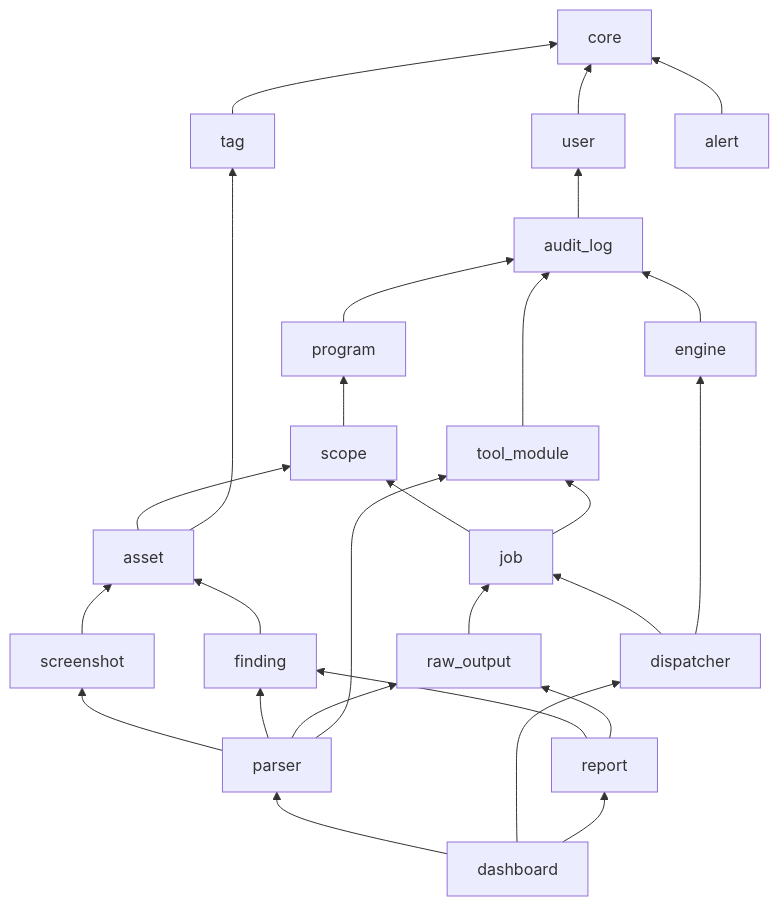
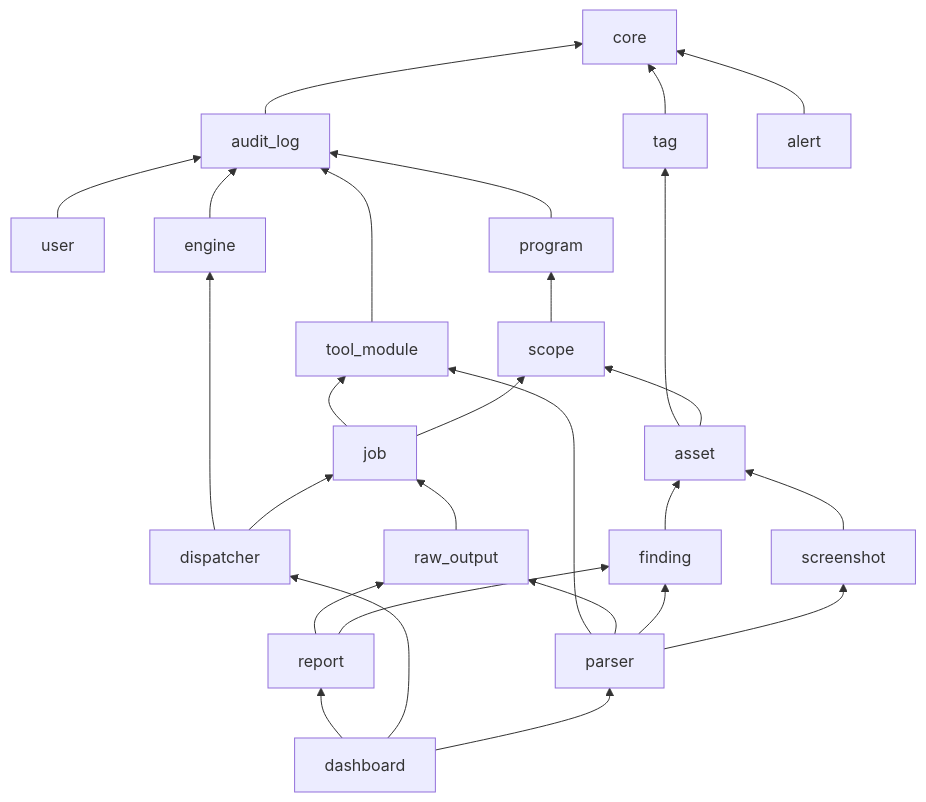
The second of 2 diagrams in docs/architecture/dependency-graph.md (memay-haha/ReconOS), drawn with Mermaid before and after one commit. The commit also changed other lines of this file and 19 other files, not shown here.

````diff
--- a/docs/architecture/dependency-graph.md
+++ b/docs/architecture/dependency-graph.md
@@ -60,30 +62,30 @@
 ```mermaid
 flowchart BT
     core["core"]
-    user["user"] --> core
-    audit["audit_log"] --> user
+    audit["audit_log"] --> core
+    user["user"] --> audit
     tag["tag"] --> core
     alert["alert"] --> core
     program["program"] --> audit
     tool["tool_module"] --> audit
     engine["engine"] --> audit
     scope["scope"] --> program
     asset["asset"] --> scope
     asset --> tag
     job["job"] --> scope
     job --> tool
     raw["raw_output"] --> job
     screenshot["screenshot"] --> asset
     finding["finding"] --> asset
     parser["parser"] --> screenshot
     parser --> finding
     parser --> raw
     parser --> tool
     dispatcher["dispatcher"] --> job
     dispatcher --> engine
     report["report"] --> finding
     report --> raw
     dashboard["dashboard"] --> parser
     dashboard --> dispatcher
     dashboard --> report
 ```
````
